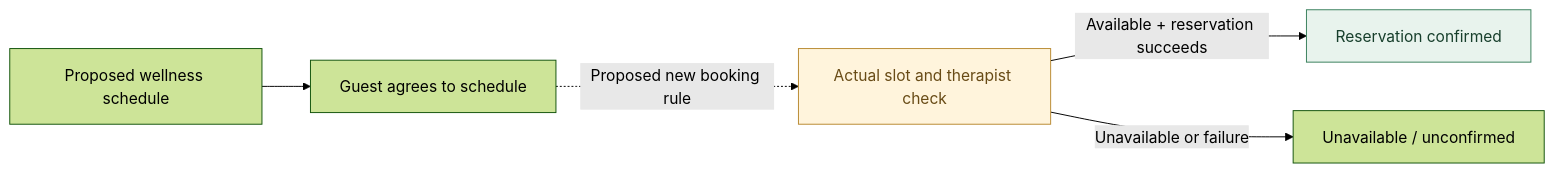
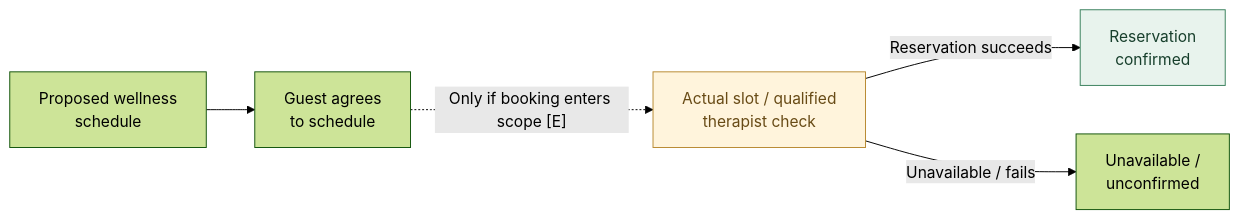
One commit to veenguyen2302-glitch/pinnacle-wellness-business-analysis changed the third of 3 diagrams in 03-requirements-analysis-and-prioritisation.md. Above: the diagram before and after it, drawn with Mermaid (forest theme). The commit also changed other lines of this file, not shown here.

````diff
--- a/03-requirements-analysis-and-prioritisation.md
+++ b/03-requirements-analysis-and-prioritisation.md
@@ -158,18 +209,16 @@
 ```mermaid
 flowchart LR
-    S["Proposed wellness schedule"]
-    G["Guest agrees to schedule"]
-    R["Actual slot and therapist check"]
-    B["Reservation confirmed"]
-    U["Unavailable / unconfirmed"]
-
+    S["Proposed wellness<br/>schedule"]
+    G["Guest agrees<br/>to schedule"]
+    R["Actual slot / qualified<br/>therapist check"]
+    B["Reservation<br/>confirmed"]
+    U["Unavailable /<br/>unconfirmed"]
     S --> G
-    G -.->|"Proposed new booking rule"| R
-    R -->|"Available + reservation succeeds"| B
-    R -->|"Unavailable or failure"| U
-
-    classDef proposal fill:#fff4dc,stroke:#b98a32,color:#684b16
-    classDef confirmed fill:#e8f3ed,stroke:#39805c,color:#173f2c
-    class R proposal
-    class B confirmed
+    G -.->|"Only if booking enters scope [E]"| R
+    R -->|"Reservation succeeds"| B
+    R -->|"Unavailable / fails"| U
+    classDef gate fill:#fff4dc,stroke:#b98a32,color:#684b16
+    classDef outcome fill:#e8f3ed,stroke:#39805c,color:#173f2c
+    class R gate
+    class B outcome
 ```
````
